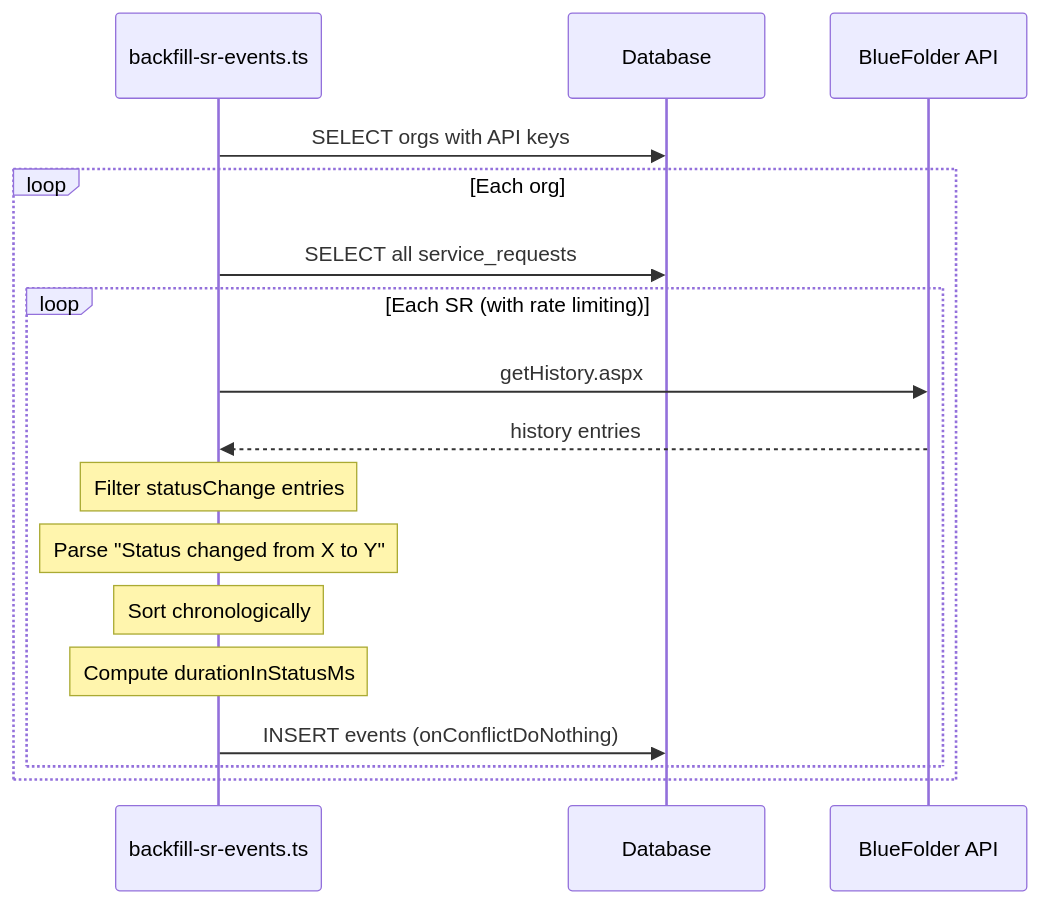
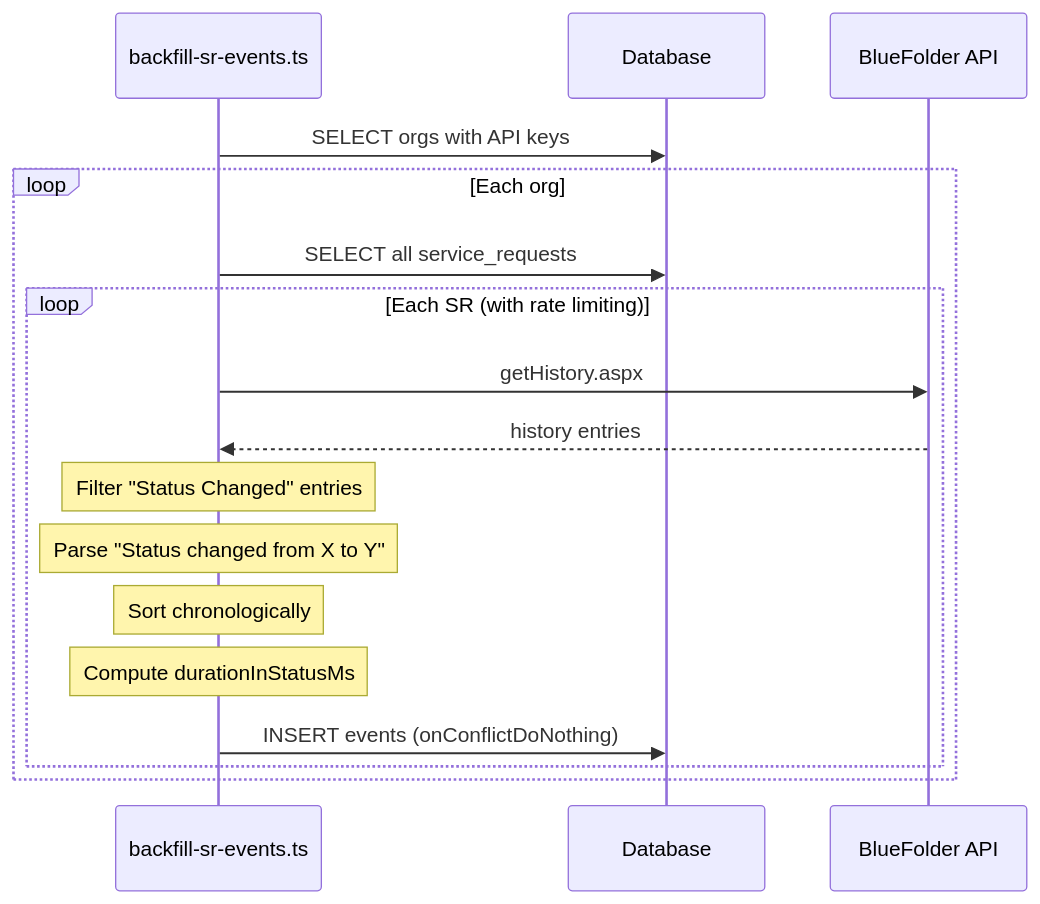
One commit to ohthatsjhall/fieldrunner changed the fourth of 4 diagrams in apps/api/docs/service-request-events.md. Above: the diagram before and after it, drawn with Mermaid. The commit also changed other lines of this file and 2 other files, not shown here.

Commit message:
docs(api): fix rate limit, status diagram, and column descriptions

````diff
--- a/apps/api/docs/service-request-events.md
+++ b/apps/api/docs/service-request-events.md
@@ -91,20 +95,20 @@
 ```mermaid
 sequenceDiagram
     participant Script as backfill-sr-events.ts
     participant DB as Database
     participant BF as BlueFolder API
 
     Script->>DB: SELECT orgs with API keys
     loop Each org
         Script->>DB: SELECT all service_requests
         loop Each SR (with rate limiting)
             Script->>BF: getHistory.aspx
             BF-->>Script: history entries
-            Note over Script: Filter statusChange entries
+            Note over Script: Filter "Status Changed" entries
             Note over Script: Parse "Status changed from X to Y"
             Note over Script: Sort chronologically
             Note over Script: Compute durationInStatusMs
             Script->>DB: INSERT events (onConflictDoNothing)
         end
     end
 ```
````
